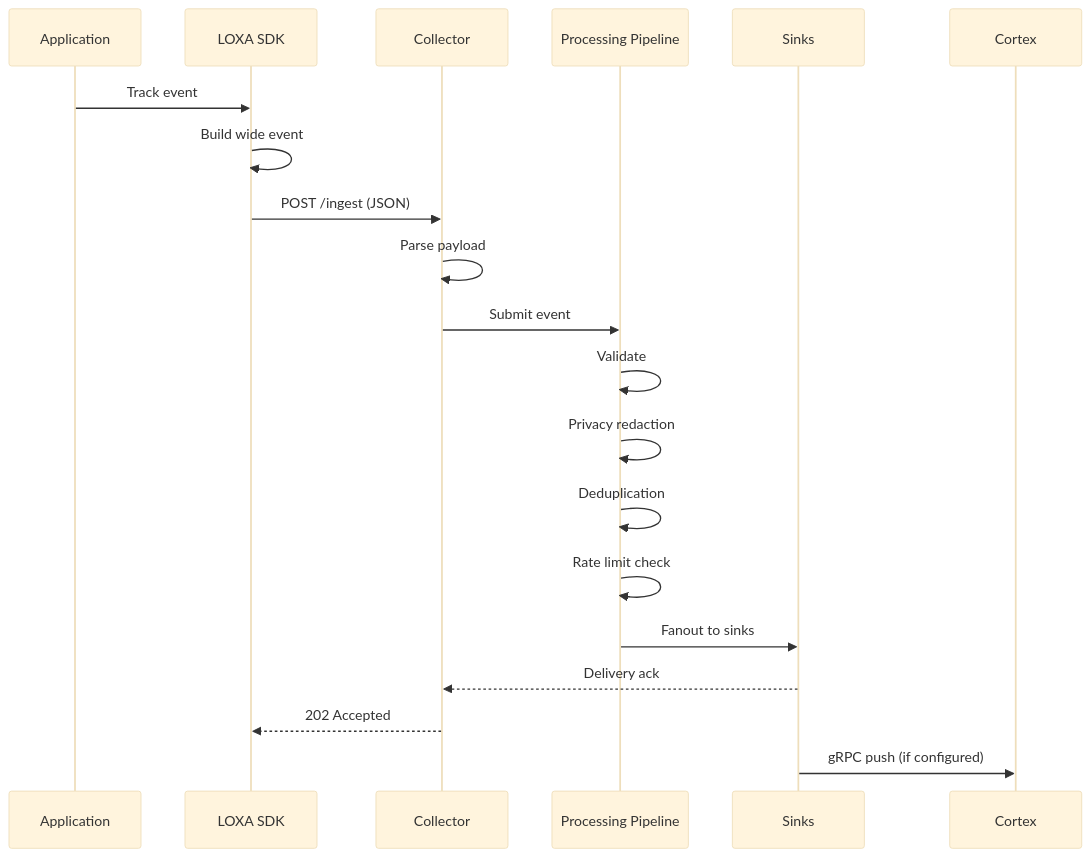
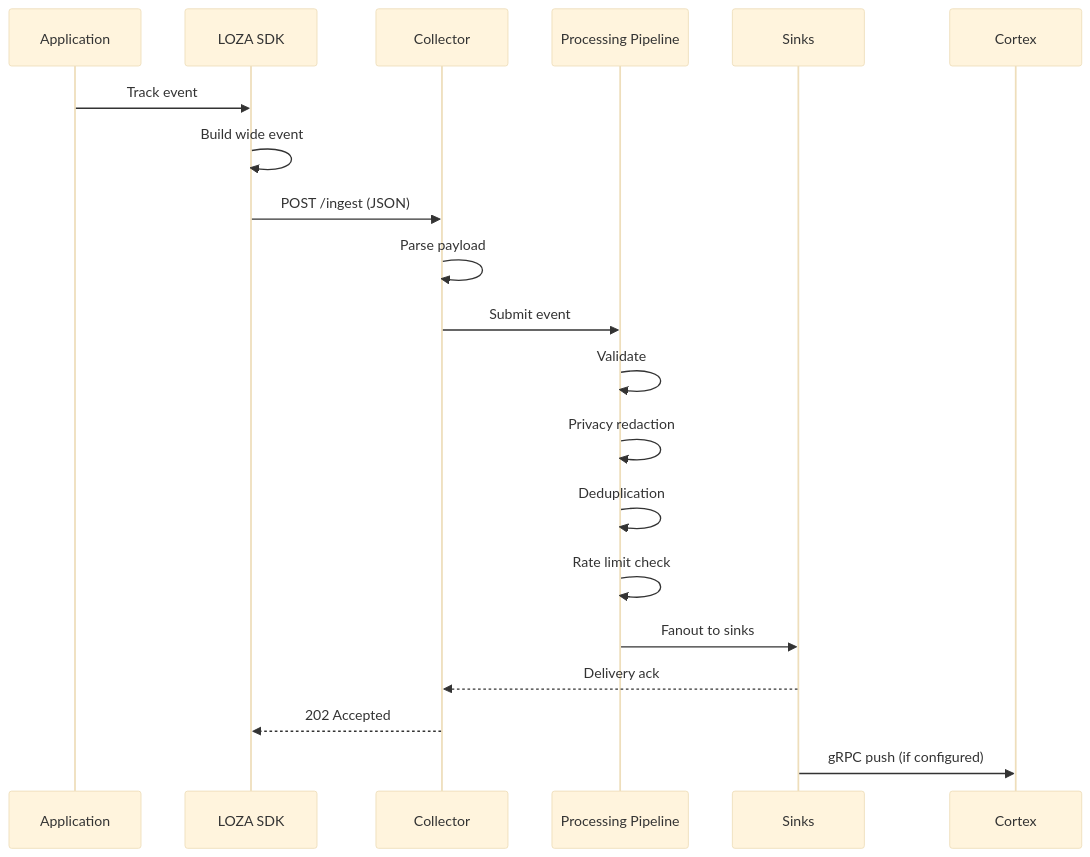
One commit to Astraive/loxa changed the diagram in collector/docs/getting-started.md. Above: the diagram before and after it, drawn with Mermaid (base theme). The commit also changed other lines of this file and 1108 other files, not shown here.

````diff
--- a/collector/docs/getting-started.md
+++ b/collector/docs/getting-started.md
@@ -51,23 +51,23 @@
 ```mermaid
 sequenceDiagram
     participant App as Application
-    participant SDK as LOXA SDK
+    participant SDK as LOZA SDK
     participant C as Collector
     participant P as Processing Pipeline
     participant S as Sinks
     participant CX as Cortex
 
     App->>SDK: Track event
     SDK->>SDK: Build wide event
     SDK->>C: POST /ingest (JSON)
     C->>C: Parse payload
     C->>P: Submit event
     P->>P: Validate
     P->>P: Privacy redaction
     P->>P: Deduplication
     P->>P: Rate limit check
     P->>S: Fanout to sinks
     S-->>C: Delivery ack
     C-->>SDK: 202 Accepted
     S->>CX: gRPC push (if configured)
 ```
````
